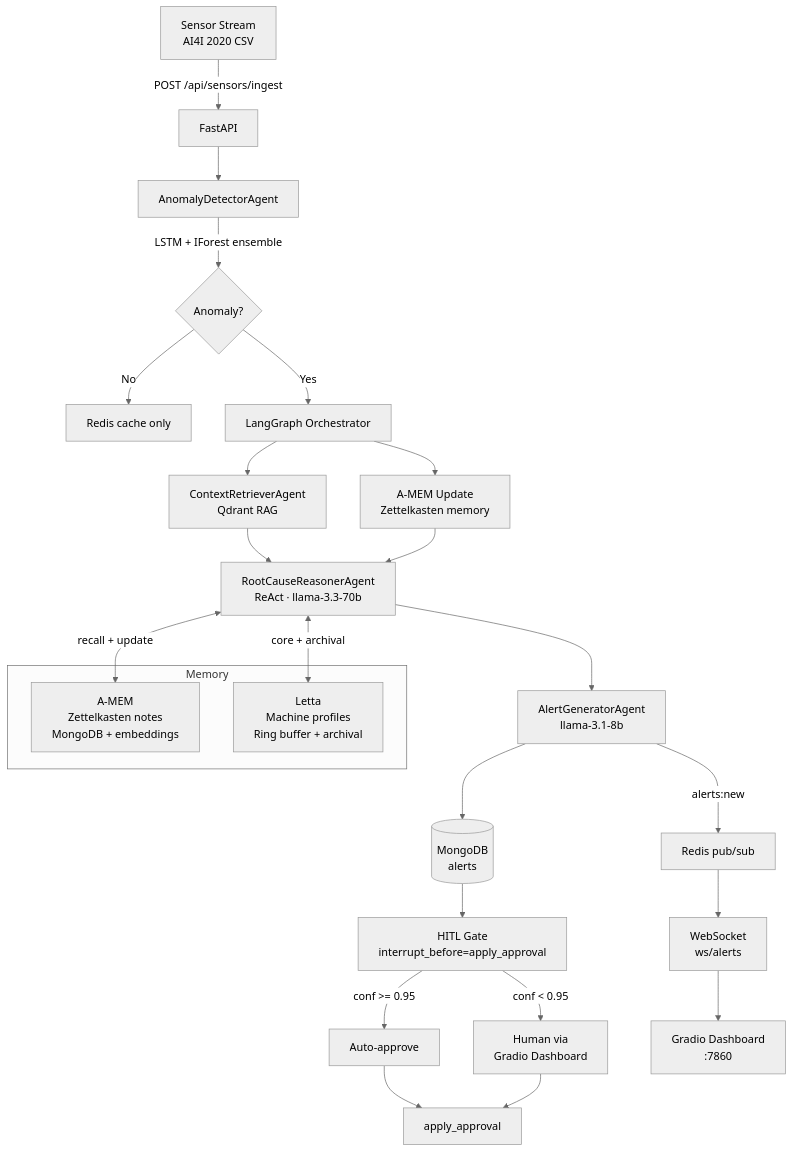
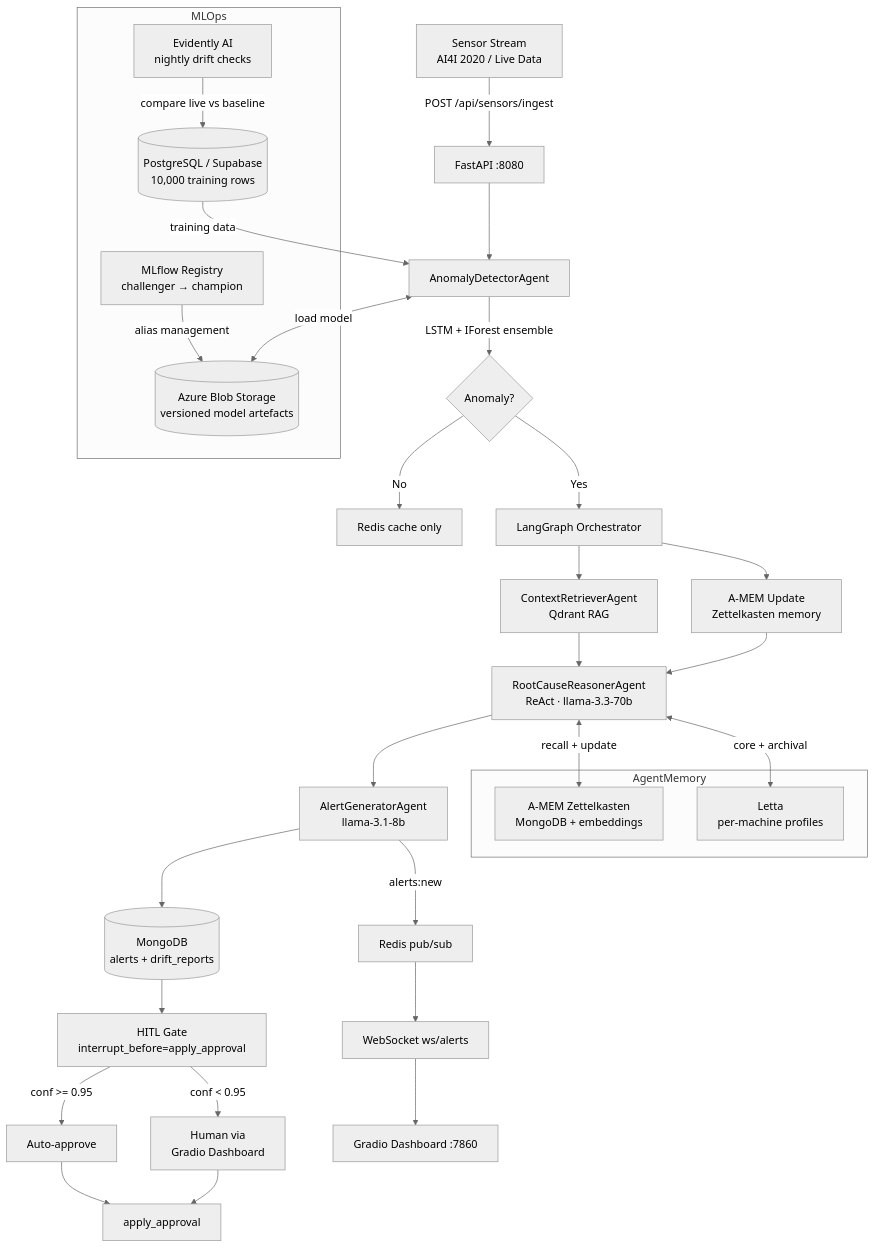
Before and after one commit to Shital16-hub/defectsense: the diagram in README.md, drawn with Mermaid (neutral theme). The commit also changed other lines of this file and 24 other files, not shown here.

First line of the commit message:
feat: MLOps infrastructure — Azure Blob, PostgreSQL, Evidently drift, MLflow registry (Sessions 7-10)

````diff
--- a/README.md
+++ b/README.md
@@ -27,33 +41,45 @@
 ```mermaid
 graph TD
-    A[Sensor Stream<br/>AI4I 2020 CSV] -->|POST /api/sensors/ingest| B[FastAPI]
+    A[Sensor Stream<br/>AI4I 2020 / Live Data] -->|POST /api/sensors/ingest| B[FastAPI :8080]
     B --> C[AnomalyDetectorAgent]
     C -->|LSTM + IForest ensemble| D{Anomaly?}
     D -->|No| E[Redis cache only]
     D -->|Yes| F[LangGraph Orchestrator]
 
     F --> G[ContextRetrieverAgent<br/>Qdrant RAG]
     F --> H[A-MEM Update<br/>Zettelkasten memory]
     G --> I[RootCauseReasonerAgent<br/>ReAct · llama-3.3-70b]
     H --> I
     I --> J[AlertGeneratorAgent<br/>llama-3.1-8b]
-    J --> K[(MongoDB<br/>alerts)]
+    J --> K[(MongoDB<br/>alerts + drift_reports)]
     J -->|alerts:new| L[Redis pub/sub]
 
     K --> M[HITL Gate<br/>interrupt_before=apply_approval]
     M -->|conf >= 0.95| N[Auto-approve]
     M -->|conf < 0.95| O[Human via<br/>Gradio Dashboard]
     N --> P[apply_approval]
     O --> P
 
-    L --> Q[WebSocket<br/>ws/alerts]
-    Q --> R[Gradio Dashboard<br/>:7860]
+    L --> Q[WebSocket ws/alerts]
+    Q --> R[Gradio Dashboard :7860]
 
-    subgraph Memory
-        S[A-MEM<br/>Zettelkasten notes<br/>MongoDB + embeddings]
-        T[Letta<br/>Machine profiles<br/>Ring buffer + archival]
+    subgraph MLOps
+        S[(Azure Blob Storage<br/>versioned model artefacts)]
+        T[(PostgreSQL / Supabase<br/>10,000 training rows)]
+        U[MLflow Registry<br/>challenger → champion]
+        V[Evidently AI<br/>nightly drift checks]
     end
 
-    I <-->|recall + update| S
-    I <-->|core + archival| T
+    subgraph AgentMemory
+        W[A-MEM Zettelkasten<br/>MongoDB + embeddings]
+        X[Letta<br/>per-machine profiles]
+    end
+
+    C <-->|load model| S
+    T -->|training data| C
+    U -->|alias management| S
+    V -->|compare live vs baseline| T
+
+    I <-->|recall + update| W
+    I <-->|core + archival| X
 ```
````
